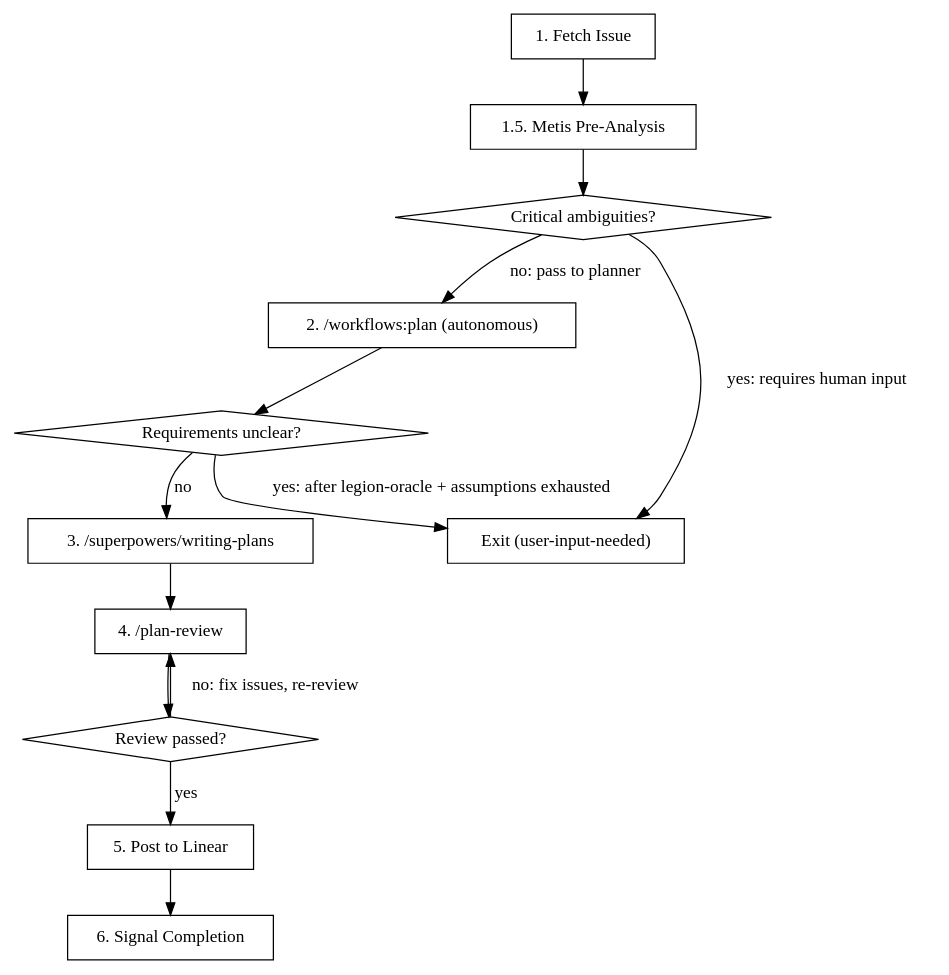
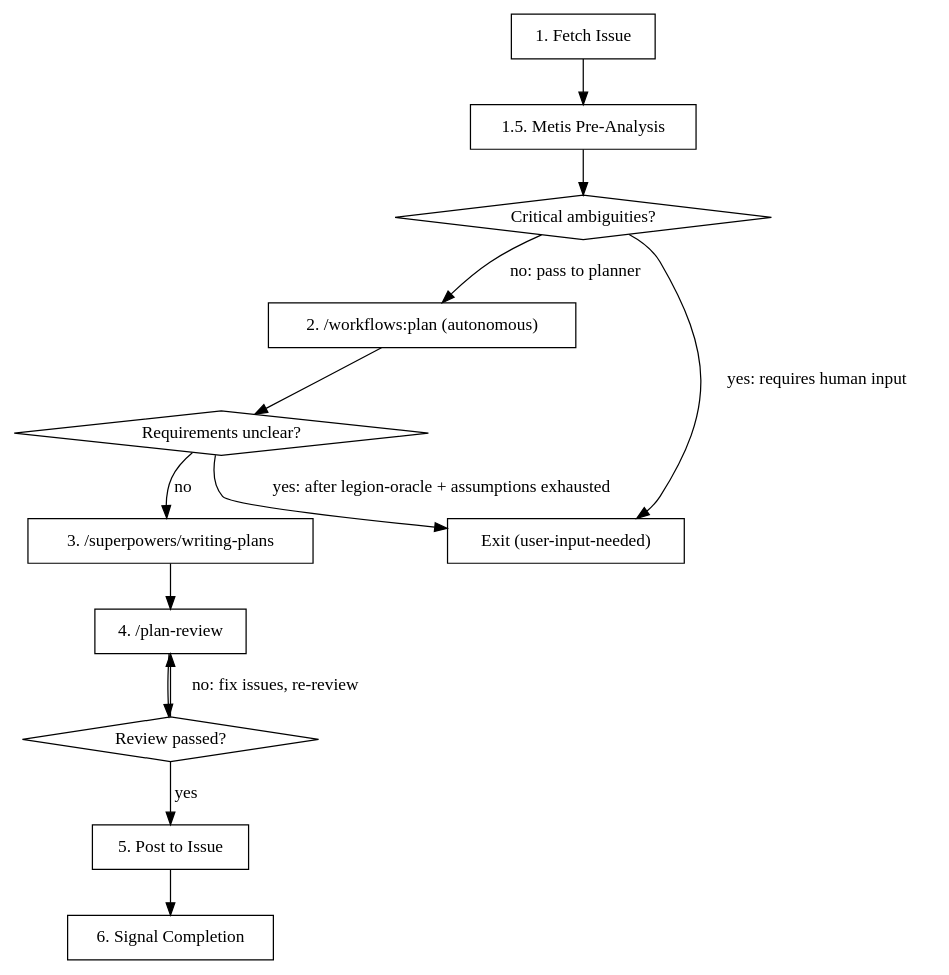
Before and after one commit to sjawhar/legion: the diagram in .opencode/skills/legion-worker/workflows/plan.md, drawn with Graphviz. The commit also changed other lines of this file and 47 other files, not shown here.

First line of the commit message:
feat: pluggable issue tracker backend (GitHub + Linear) (#54)

````diff
--- a/.opencode/skills/legion-worker/workflows/plan.md
+++ b/.opencode/skills/legion-worker/workflows/plan.md
@@ -7,31 +7,31 @@
 ```dot
 digraph plan_workflow {
     rankdir=TB;
     node [shape=box];
 
     fetch [label="1. Fetch Issue"];
     metis [label="1.5. Metis Pre-Analysis"];
     critical [label="Critical ambiguities?" shape=diamond];
     research_plan [label="2. /workflows:plan (autonomous)"];
     unclear [label="Requirements unclear?" shape=diamond];
     executable [label="3. /superpowers/writing-plans"];
     review [label="4. /plan-review"];
     passed [label="Review passed?" shape=diamond];
-    post [label="5. Post to Linear"];
+    post [label="5. Post to Issue"];
     complete [label="6. Signal Completion"];
     exit_unclear [label="Exit (user-input-needed)"];
 
     fetch -> metis;
     metis -> critical;
     critical -> exit_unclear [label="yes: requires human input"];
     critical -> research_plan [label="no: pass to planner"];
     research_plan -> unclear;
     unclear -> exit_unclear [label="yes: after legion-oracle + assumptions exhausted"];
     unclear -> executable [label="no"];
     executable -> review;
     review -> passed;
     passed -> review [label="no: fix issues, re-review"];
     passed -> post [label="yes"];
     post -> complete;
 }
 ```
````
